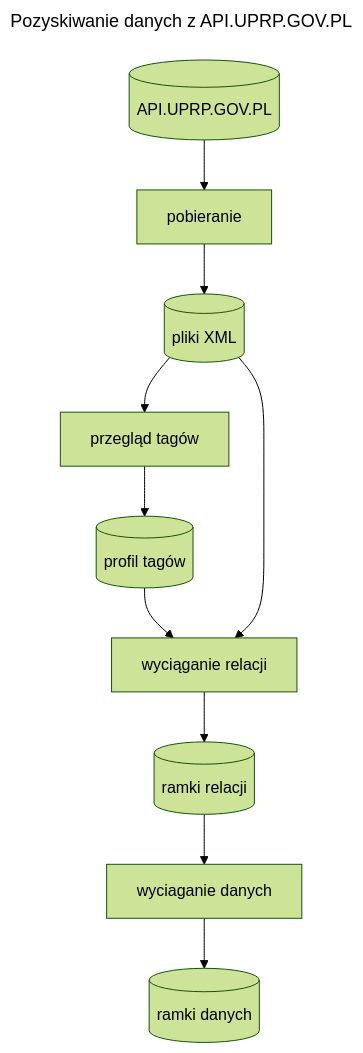
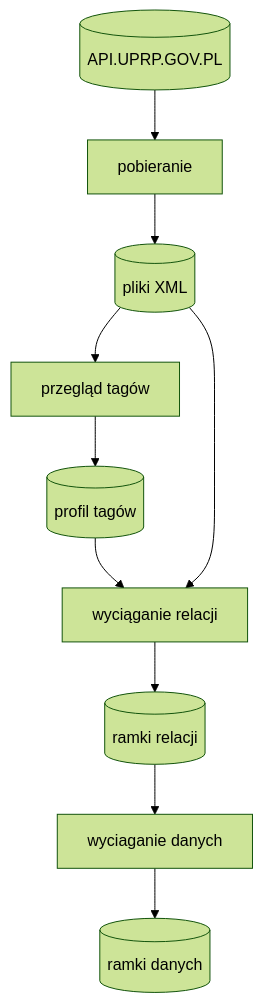
Before and after one commit to adamAfro/UPRP: the first of 17 diagrams in node/api.uprp.gov.pl/readme.md, drawn with Mermaid (forest theme). The commit also changed other lines of this file and 4 other files, not shown here.

````diff
--- a/node/api.uprp.gov.pl/readme.md
+++ b/node/api.uprp.gov.pl/readme.md
@@ -4,27 +7,24 @@
 ```mermaid
----
-title: Pozyskiwanie danych z API.UPRP.GOV.PL
----
 graph TB
 API[(API.UPRP.GOV.PL)]
 raw/*.xml[(pliki XML)]
 XML.profile.json[(profil tagów)]
 frames/**/*.csv[(ramki relacji)]
 *.csv[(ramki danych)]
 
 scrap.R[pobieranie]
 XML.profile.py[przegląd tagów]
 relations.py[wyciąganie relacji]
 frame.py[wyciaganie danych]
 
 API --> scrap.R
     --> raw/*.xml
     --> XML.profile.py
     --> XML.profile.json
     --> relations.py
     --> frames/**/*.csv
     --> frame.py
     --> *.csv
 
 raw/*.xml --> relations.py
 ```
````
